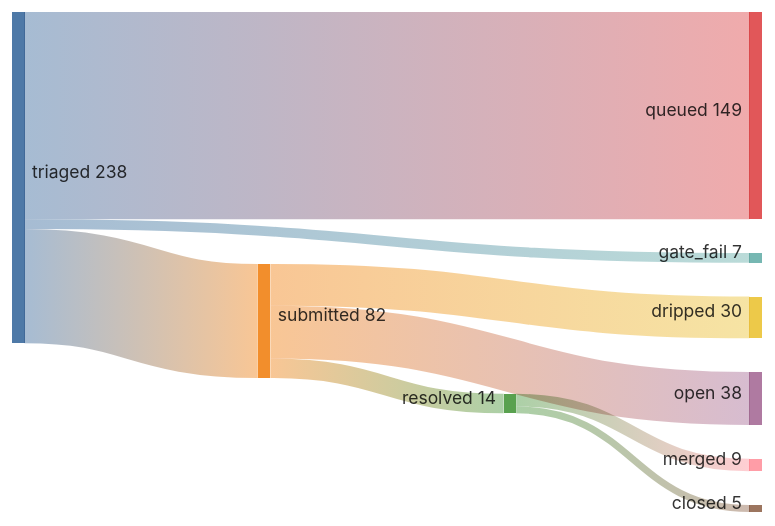
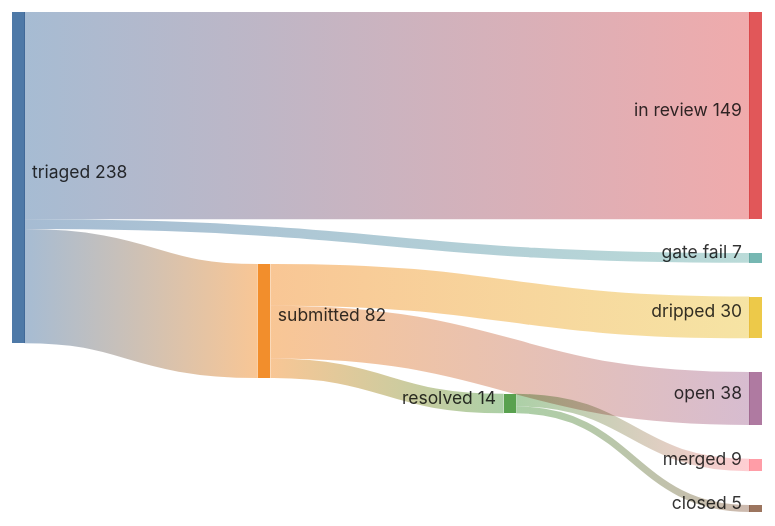
The diagram in README.md (kimjune01/kimjune01), drawn with Mermaid before and after one commit. The commit also changed other lines of this file, not shown here.

Commit message:
stats: 9/14 = 64% (01:22 UTC)

````diff
--- a/README.md
+++ b/README.md
@@ -5,11 +5,11 @@
 ```mermaid
 sankey-beta
-    triaged, submitted, 82
-    triaged, queued, 149
-    triaged, gate_fail, 7
-    submitted, resolved, 14
-    submitted, dripped, 30
-    submitted, open, 38
-    resolved, merged, 9
-    resolved, closed, 5
+    triaged,    submitted,  82
+    triaged,    in review,  149
+    triaged,    gate fail,  7
+    submitted,  resolved,   14
+    submitted,  dripped,    30
+    submitted,  open,       38
+    resolved,   merged,     9
+    resolved,   closed,     5
 ```
````
